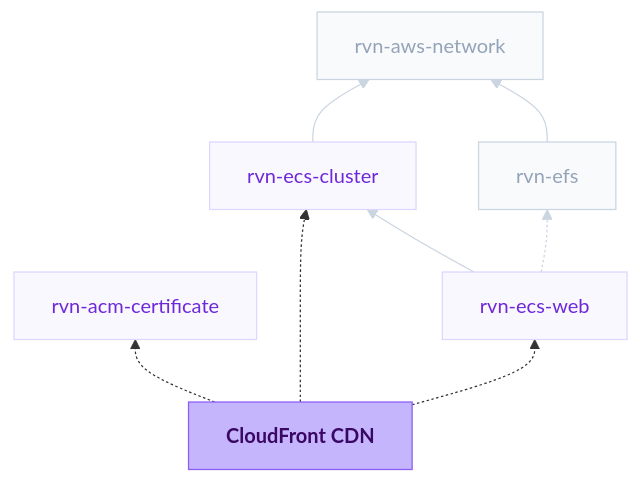
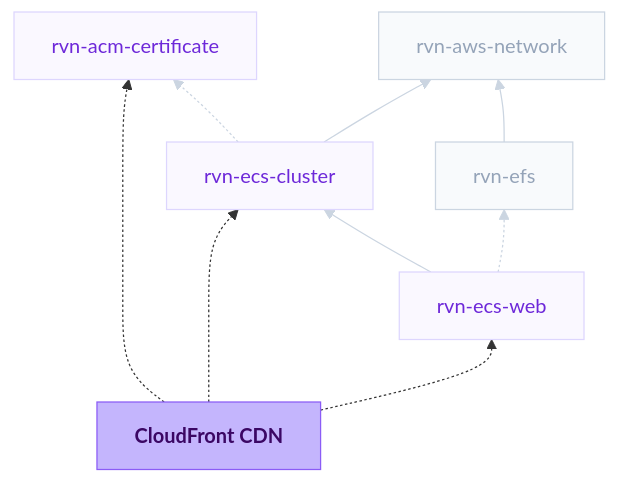
The diagram in module-definitions/catalog/rvn-cloudfront.mdx (flightcontrolhq/docs), drawn with Mermaid before and after one commit. The commit also changed 7 other files, not shown here.

````diff
--- a/module-definitions/catalog/rvn-cloudfront.mdx
+++ b/module-definitions/catalog/rvn-cloudfront.mdx
@@ -13,26 +13,27 @@
 ```mermaid
 flowchart BT
   rvn_cloudfront["<strong>CloudFront CDN</strong>"] -.-> rvn_acm_certificate["rvn-acm-certificate"]
   rvn_cloudfront -.-> rvn_ecs_web["rvn-ecs-web"]
   rvn_cloudfront -.-> rvn_ecs_cluster["rvn-ecs-cluster"]
   rvn_ecs_web --> rvn_ecs_cluster
   rvn_ecs_web -.-> rvn_efs["rvn-efs"]
   rvn_ecs_cluster --> rvn_aws_network["rvn-aws-network"]
+  rvn_ecs_cluster -.-> rvn_acm_certificate
   rvn_efs --> rvn_aws_network
 
   class rvn_cloudfront current
   class rvn_acm_certificate,rvn_ecs_web,rvn_ecs_cluster dependency
   class rvn_efs,rvn_aws_network upstream
 
   classDef current fill:#C4B5FD,stroke:#8B5CF6,color:#3B0764
   classDef dependency fill:#FAF8FF,stroke:#DDD6FE,color:#6D28D9
   classDef consumer fill:#F3F4F6,stroke:#9CA3AF,color:#4B5563
   classDef upstream fill:#F8FAFC,stroke:#CBD5E1,color:#94A3B8
-  linkStyle 3,4,5,6 stroke:#CBD5E1,color:#94A3B8
+  linkStyle 3,4,5,6,7 stroke:#CBD5E1,color:#94A3B8
 
   click rvn_acm_certificate "/module-definitions/catalog/rvn-acm-certificate" "Open rvn-acm-certificate docs"
   click rvn_ecs_web "/module-definitions/catalog/rvn-ecs-web" "Open rvn-ecs-web docs"
   click rvn_ecs_cluster "/module-definitions/catalog/rvn-ecs-cluster" "Open rvn-ecs-cluster docs"
   click rvn_efs "/module-definitions/catalog/rvn-efs" "Open rvn-efs docs"
   click rvn_aws_network "/module-definitions/catalog/rvn-aws-network" "Open rvn-aws-network docs"
 ```
````
